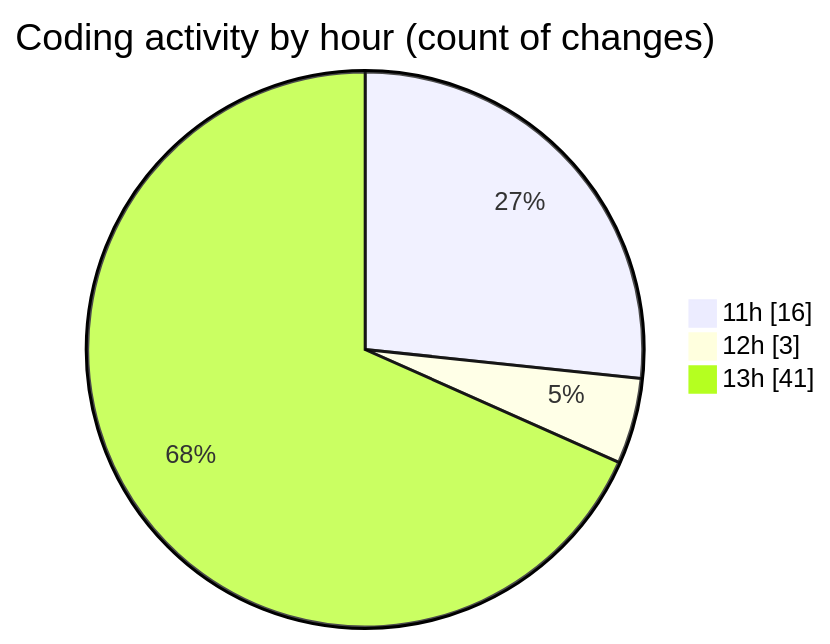
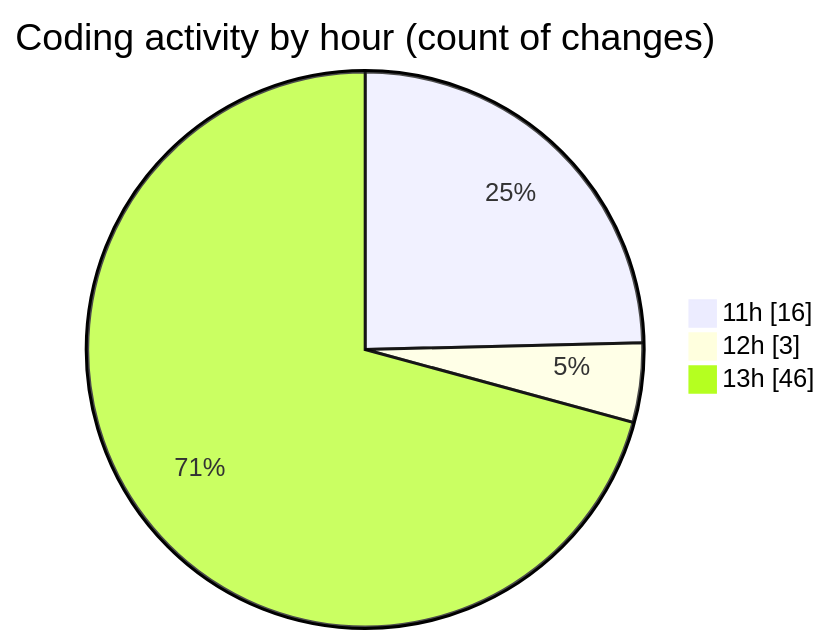
Before and after one commit to nxtqubesakshisongat/code-tracking: the second of 2 diagrams in 2025-07-08/argos/README.md, drawn with Mermaid. The commit also changed other lines of this file and 1 other file, not shown here.

````diff
--- a/2025-07-08/argos/README.md
+++ b/2025-07-08/argos/README.md
@@ -33,7 +33,7 @@
 ```mermaid
 pie showData
 title Coding activity by hour (count of changes)
 "11h" : 16
 "12h" : 3
-"13h" : 41
+"13h" : 46
 ```
````
